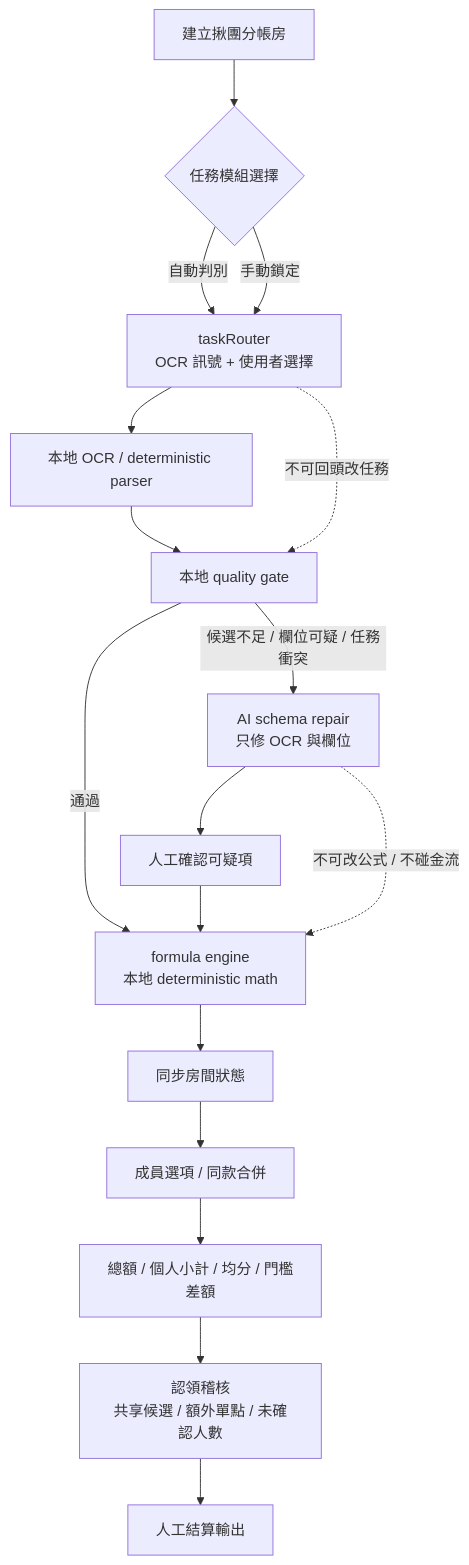
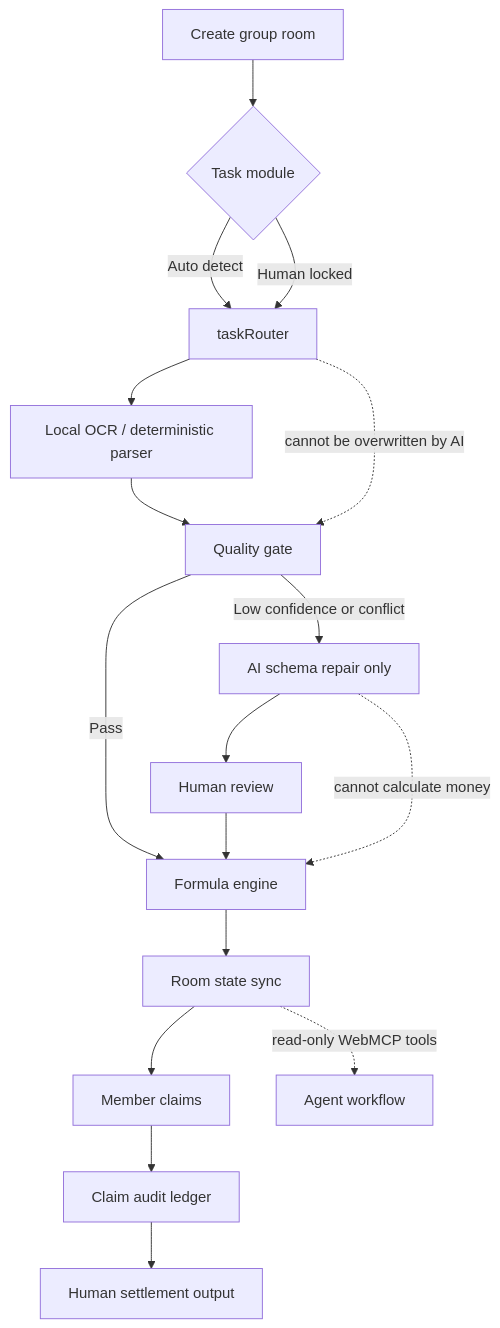
One commit to jiarong0423/shared-room-mcp changed the diagram in README.md. Above: the diagram before and after it, drawn with Mermaid. The commit also changed other lines of this file and 3 other files, not shown here.

Commit message:
Make UI English-first with fixed WebMCP module gates

````diff
--- a/README.md
+++ b/README.md
@@ -148,20 +67,19 @@
 ```mermaid
 flowchart TD
-  A[建立揪團分帳房] --> B{任務模組選擇}
-  B -->|自動判別| C[taskRouter<br/>OCR 訊號 + 使用者選擇]
-  B -->|手動鎖定| C
-  C --> D[本地 OCR / deterministic parser]
-  D --> E[本地 quality gate]
-  E -->|通過| F[formula engine<br/>本地 deterministic math]
-  E -->|候選不足 / 欄位可疑 / 任務衝突| G[AI schema repair<br/>只修 OCR 與欄位]
-  G --> H[人工確認可疑項]
+  A[Create group room] --> B{Task module}
+  B -->|Auto detect| C[taskRouter]
+  B -->|Human locked| C
+  C --> D[Local OCR / deterministic parser]
+  D --> E[Quality gate]
+  E -->|Pass| F[Formula engine]
+  E -->|Low confidence or conflict| G[AI schema repair only]
+  G --> H[Human review]
   H --> F
-  F --> I[同步房間狀態]
-  I --> J[成員選項 / 同款合併]
-  J --> K[總額 / 個人小計 / 均分 / 門檻差額]
-  K --> L[認領稽核<br/>共享候選 / 額外單點 / 未確認人數]
-  L --> M[人工結算輸出]
-
-  C -.不可回頭改任務.-> E
-  G -.不可改公式 / 不碰金流.-> F
+  F --> I[Room state sync]
+  I --> J[Member claims]
+  J --> K[Claim audit ledger]
+  K --> L[Human settlement output]
+  C -. cannot be overwritten by AI .-> E
+  G -. cannot calculate money .-> F
+  I -. read-only WebMCP tools .-> M[Agent workflow]
 ```
````
